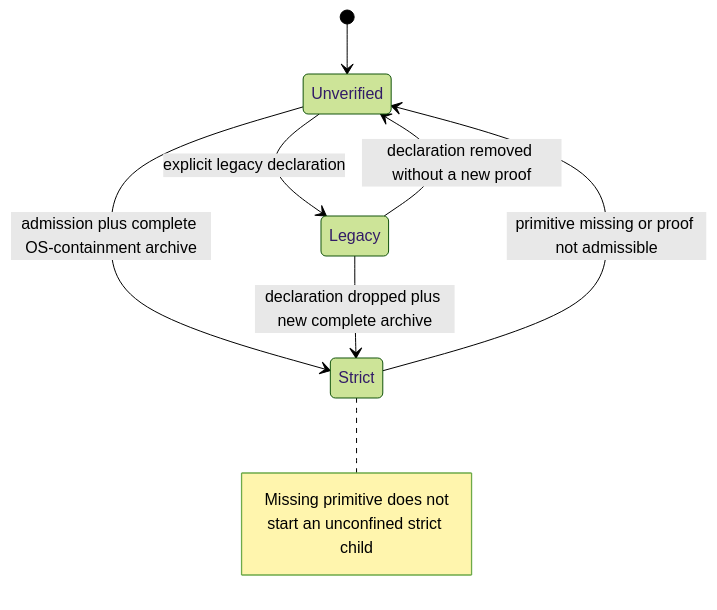
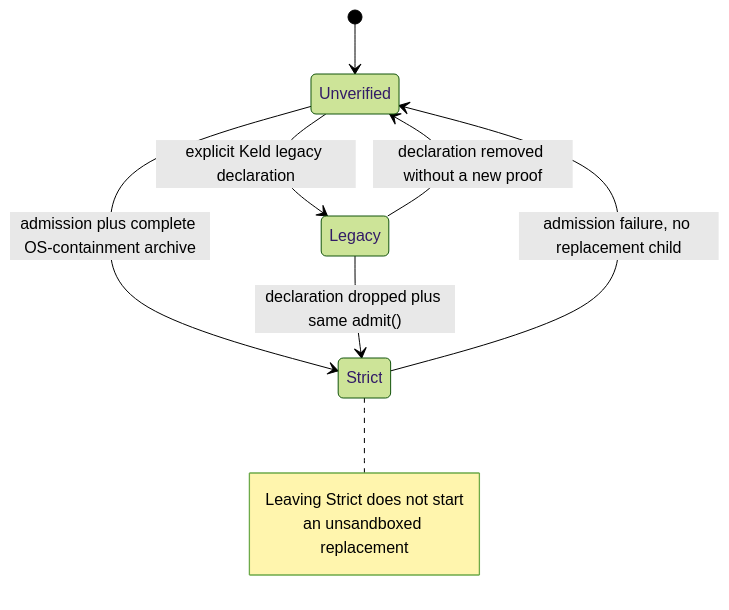
Before and after one commit to gyldlab/keld: the diagram in docs/specs/kel78-strict-profile-sandbox.md, drawn with Mermaid (forest theme). The commit also changed other lines of this file and 2 other files, not shown here.

Commit message:
docs(runtime): close KEL-78 admit and ambient-authority holes

````diff
--- a/docs/specs/kel78-strict-profile-sandbox.md
+++ b/docs/specs/kel78-strict-profile-sandbox.md
@@ -161,16 +165,16 @@
 ```mermaid
 stateDiagram-v2
     accTitle: Strict, legacy, and unverified profile states
-    accDescr: Unverified is the default. Legacy requires an explicit declaration and forfeits the zero-authority claim. Strict requires OS admission plus an archived complete OS-containment catalog with a matching token/profile digest. A missing primitive, stale proof, incomplete catalog, or layer-mismatched archive returns Strict to Unverified. Dropping the legacy declaration without a new complete archive returns Legacy to Unverified. Dropping the legacy declaration and presenting a new complete archive may admit Strict.
+    accDescr: Unverified is the default. Legacy requires an explicit Keld declaration and forfeits the zero-authority claim. Strict requires OS admission plus an archived complete OS-containment catalog with a matching token/profile digest. Leaving Strict is an admission failure that does not start an unsandboxed replacement. Legacy to Strict uses the same admit function as Unverified to Strict. Dropping the legacy declaration without a new complete archive returns Legacy to Unverified.
 
     [*] --> Unverified
-    Unverified --> Legacy: explicit legacy declaration
+    Unverified --> Legacy: explicit Keld legacy declaration
     Unverified --> Strict: admission plus complete OS-containment archive
-    Strict --> Unverified: primitive missing or proof not admissible
+    Strict --> Unverified: admission failure, no replacement child
     Legacy --> Unverified: declaration removed without a new proof
-    Legacy --> Strict: declaration dropped plus new complete archive
+    Legacy --> Strict: declaration dropped plus same admit()
     note right of Strict
-        Missing primitive does not
-        start an unconfined strict child
+        Leaving Strict does not start
+        an unsandboxed replacement
     end note
 ```
````
